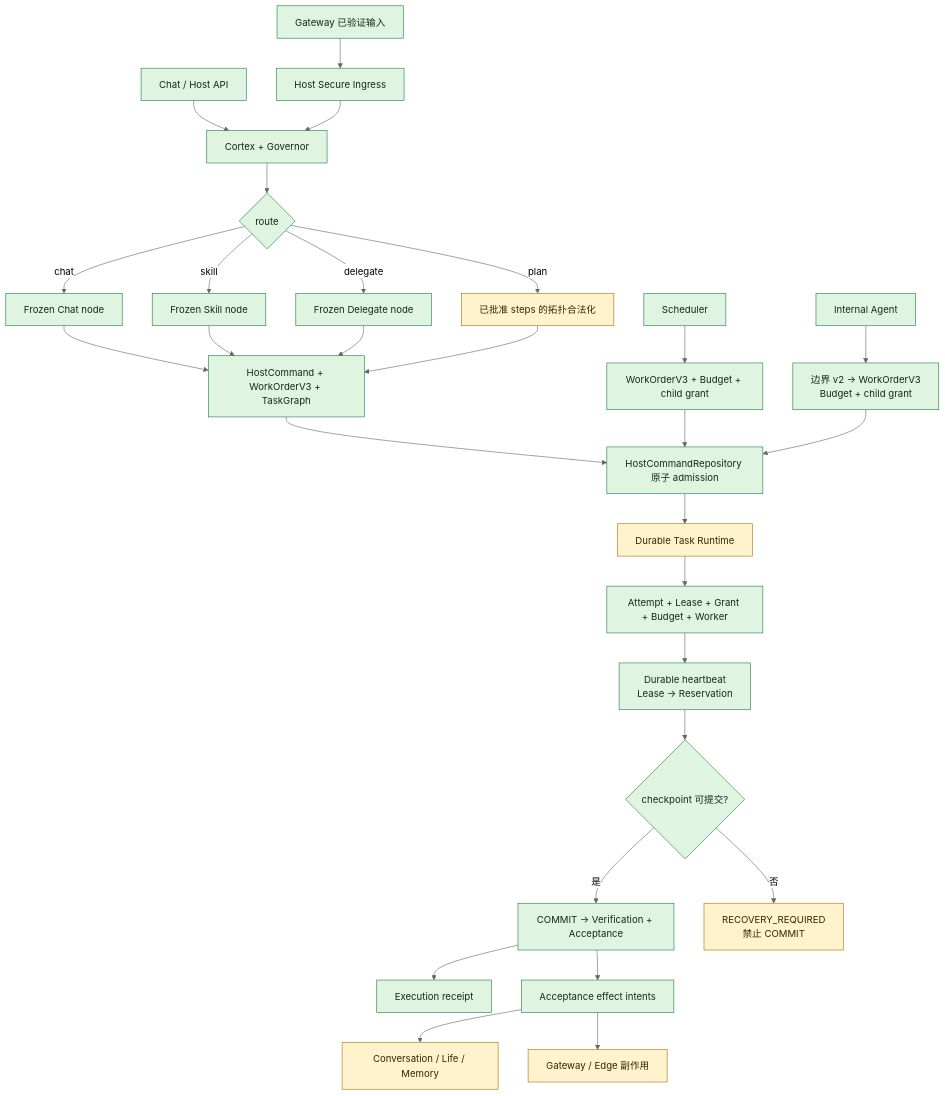
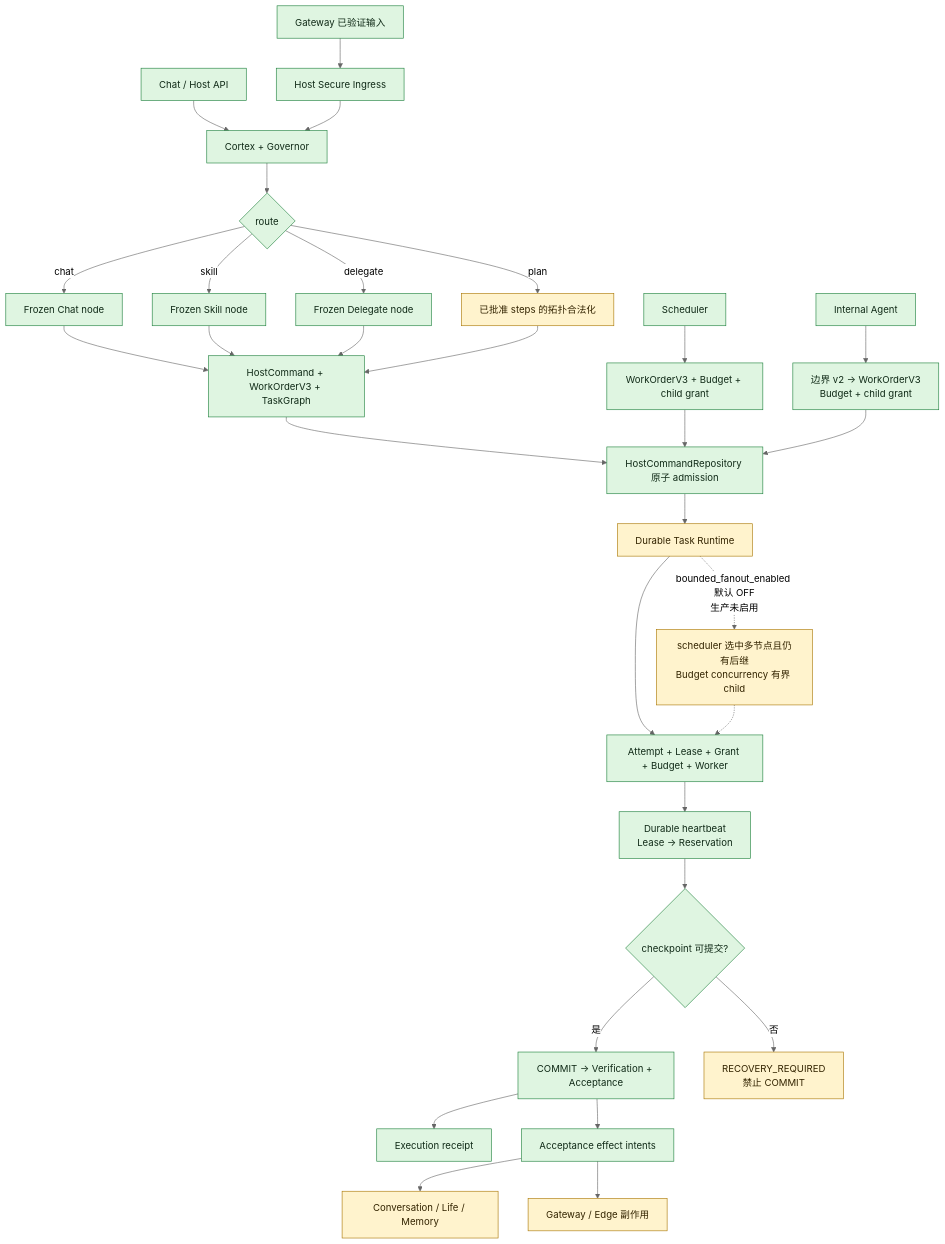
The first of 3 diagrams in docs/50_project/arch/DATA_FLOW_ARCHITECTURE.md (SakuraYoruno/Natsume_Ai), drawn with Mermaid (neutral theme) before and after one commit. The commit also changed other lines of this file and 17 other files, not shown here.

````diff
--- a/docs/50_project/arch/DATA_FLOW_ARCHITECTURE.md
+++ b/docs/50_project/arch/DATA_FLOW_ARCHITECTURE.md
@@ -35,38 +35,40 @@
 ```mermaid
 flowchart TD
     UI["Chat / Host API"] --> Cortex["Cortex + Governor"]
     GW["Gateway 已验证输入"] --> Ingress["Host Secure Ingress"]
     Ingress --> Cortex
 
     Cortex --> Route{"route"}
     Route -->|chat| Chat["Frozen Chat node"]
     Route -->|skill| Skill["Frozen Skill node"]
     Route -->|delegate| Delegate["Frozen Delegate node"]
     Route -->|plan| Plan["已批准 steps 的拓扑合法化"]
 
     Chat --> Compile["HostCommand + WorkOrderV3 + TaskGraph"]
     Skill --> Compile
     Delegate --> Compile
     Plan --> Compile
     Compile --> Admission["HostCommandRepository 原子 admission"]
     Admission --> Runtime["Durable Task Runtime"]
     Runtime --> Worker["Attempt + Lease + Grant + Budget + Worker"]
+    Runtime -.->|"bounded_fanout_enabled 默认 OFF\n生产未启用"| ShadowFanOut["scheduler 选中多节点且仍有后继\nBudget concurrency 有界 child"]
+    ShadowFanOut -.-> Worker
     Worker --> HB["Durable heartbeat\nLease → Reservation"]
     HB --> Checkpoint{"checkpoint 可提交?"}
     Checkpoint -->|是| VA["COMMIT → Verification + Acceptance"]
     Checkpoint -->|否| Recovery["RECOVERY_REQUIRED\n禁止 COMMIT"]
     VA --> Receipt["Execution receipt"]
     VA --> Effects["Acceptance effect intents"]
     Effects --> Conversation["Conversation / Life / Memory"]
     Effects --> Delivery["Gateway / Edge 副作用"]
 
     Scheduler["Scheduler"] --> SchedulerWO["WorkOrderV3 + Budget + child grant"]
     SchedulerWO --> Admission
     Internal["Internal Agent"] --> InternalWO["边界 v2 → WorkOrderV3\nBudget + child grant"]
     InternalWO --> Admission
 
     classDef wired fill:#dff5e1,stroke:#1b7f3a,color:#102a17;
     classDef partial fill:#fff3cd,stroke:#a87500,color:#332400;
     class UI,GW,Ingress,Cortex,Route,Chat,Skill,Delegate,Compile,Admission,Worker,HB,Checkpoint,VA,Receipt,Effects,Scheduler,SchedulerWO,Internal,InternalWO wired;
-    class Plan,Runtime,Recovery,Conversation,Delivery partial;
+    class Plan,Runtime,ShadowFanOut,Recovery,Conversation,Delivery partial;
 ```
````
